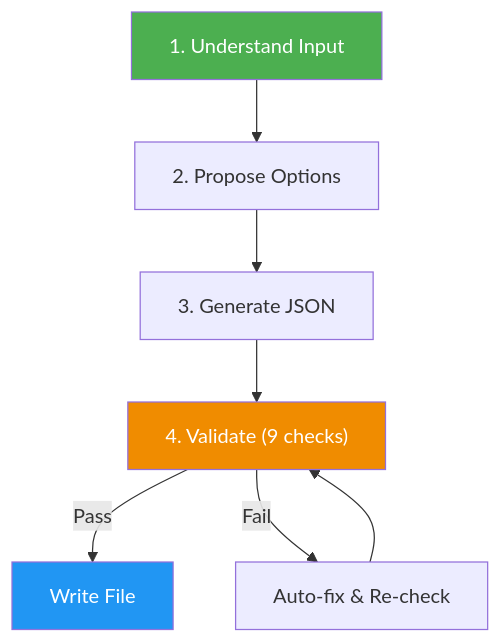
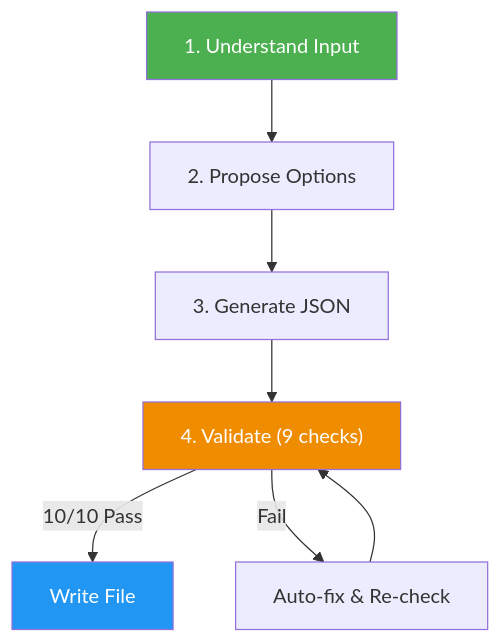
One commit to luongnv89/skills changed the diagram in skills/excalidraw-generator/README.md. Above: the diagram before and after it, drawn with Mermaid. The commit also changed other lines of this file and 3 other files, not shown here.

````diff
--- a/skills/excalidraw-generator/README.md
+++ b/skills/excalidraw-generator/README.md
@@ -27,12 +27,12 @@
 ```mermaid
 graph TD
     A["1. Understand Input"] --> B["2. Propose Options"]
     B --> C["3. Generate JSON"]
     C --> D["4. Validate (9 checks)"]
-    D -->|Pass| E["Write File"]
+    D -->|"10/10 Pass"| E["Write File"]
     D -->|Fail| F["Auto-fix & Re-check"]
     F --> D
     style A fill:#4CAF50,color:#fff
     style E fill:#2196F3,color:#fff
     style D fill:#f08c00,color:#fff
 ```
````
